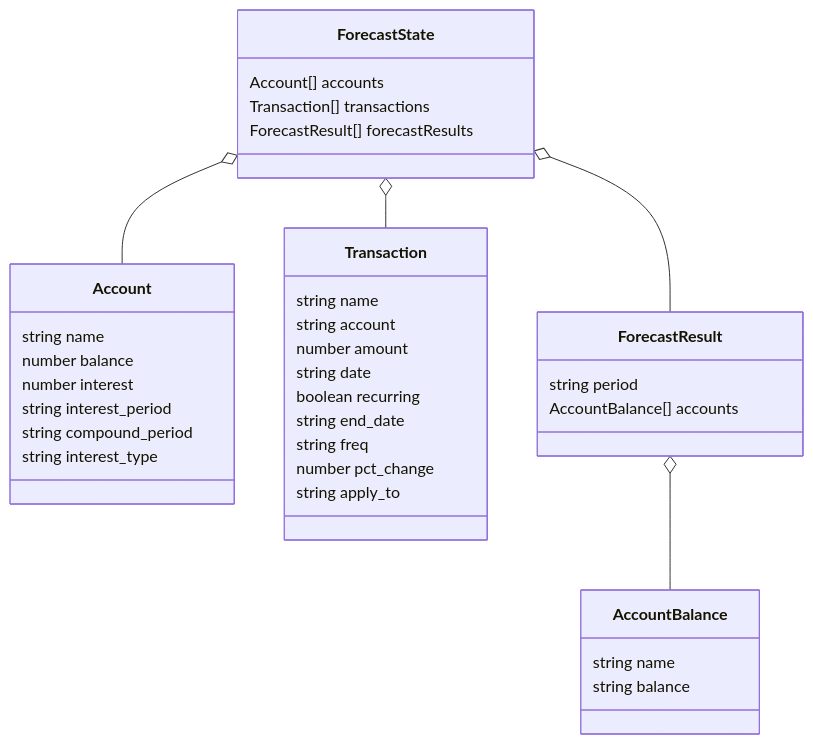
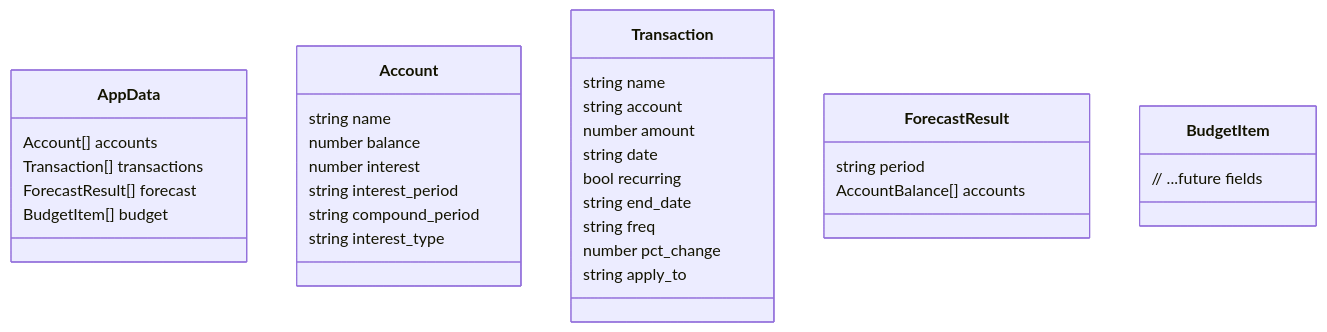
Before and after one commit to BicycleJeanre/ftrack: the second of 2 diagrams in Documentation/PROJECT_OVERVIEW.md, drawn with Mermaid. The commit also changed other lines of this file and 14 other files, not shown here.

````diff
--- a/Documentation/PROJECT_OVERVIEW.md
+++ b/Documentation/PROJECT_OVERVIEW.md
@@ -47,39 +47,35 @@
 ```mermaid
 classDiagram
-  class ForecastState {
+  class AppData {
     Account[] accounts
     Transaction[] transactions
-    ForecastResult[] forecastResults
+    ForecastResult[] forecast
+    BudgetItem[] budget
   }
   class Account {
     string name
     number balance
     number interest
     string interest_period
     string compound_period
     string interest_type
   }
   class Transaction {
     string name
     string account
     number amount
     string date
-    boolean recurring
+    bool recurring
     string end_date
     string freq
     number pct_change
     string apply_to
   }
   class ForecastResult {
     string period
     AccountBalance[] accounts
   }
-  class AccountBalance {
-    string name
-    string balance
+  class BudgetItem {
+    // ...future fields
   }
-  ForecastState o-- Account
-  ForecastState o-- Transaction
-  ForecastState o-- ForecastResult
-  ForecastResult o-- AccountBalance
 ```
````
